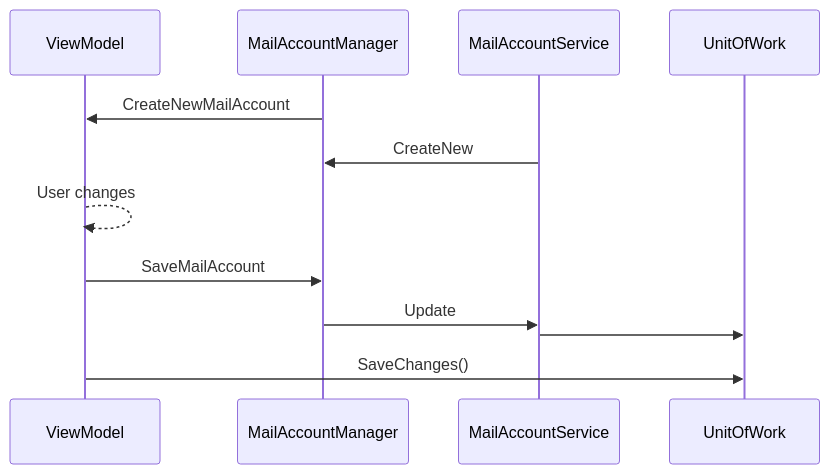
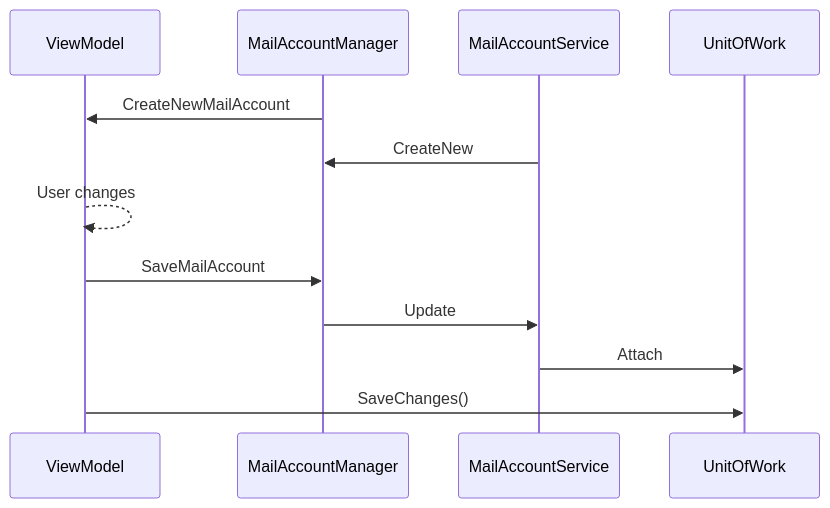
One commit to jan-schubert/Mailie changed the diagram in Documentation/Settings.md. Above: the diagram before and after it, drawn with Mermaid. The commit also changed other lines of this file, not shown here.

Commit message:
Documentation/Settings.md updated from https://stackedit.io/

````diff
--- a/Documentation/Settings.md
+++ b/Documentation/Settings.md
@@ -4,15 +4,15 @@
 ```mermaid
 sequenceDiagram
 participant ViewModel
 participant MailAccountManager
 participant MailAccountService
 participant UnitOfWork
 
 MailAccountManager->>ViewModel: CreateNewMailAccount
 MailAccountService->>MailAccountManager: CreateNew
 ViewModel-->>ViewModel: User changes
 ViewModel->>MailAccountManager: SaveMailAccount
 MailAccountManager->>MailAccountService: Update
-MailAccountService->>UnitOfWork: 
+MailAccountService->>UnitOfWork: Attach
 ViewModel->>UnitOfWork: SaveChanges()
 ```
````
